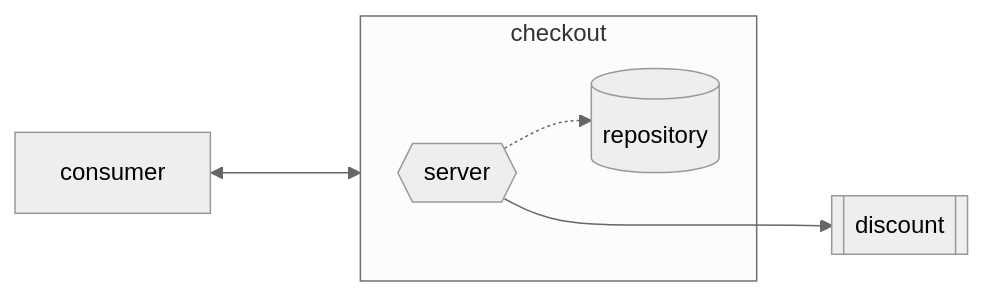
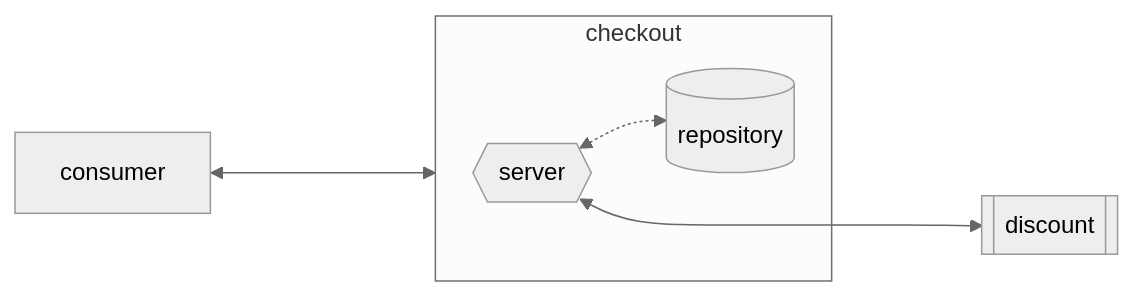
One commit to lucafmarques/hash-tech-challenge changed the first of 2 diagrams in README.md. Above: the diagram before and after it, drawn with Mermaid (neutral theme). The commit also changed other lines of this file and 1 other file, not shown here.

````diff
--- a/README.md
+++ b/README.md
@@ -14,9 +13,9 @@
 ```mermaid
 flowchart LR
-    D[consumer] <---> checkout 
+    D[consumer] <----> checkout
     subgraph checkout
-        A{{server}} -.-> B[(repository)]
+        A{{server}} <-.-> B[(repository)]
     end
     
-    A ---> C[[discount]]
+    A <----> C[[discount]]
 ```
````
